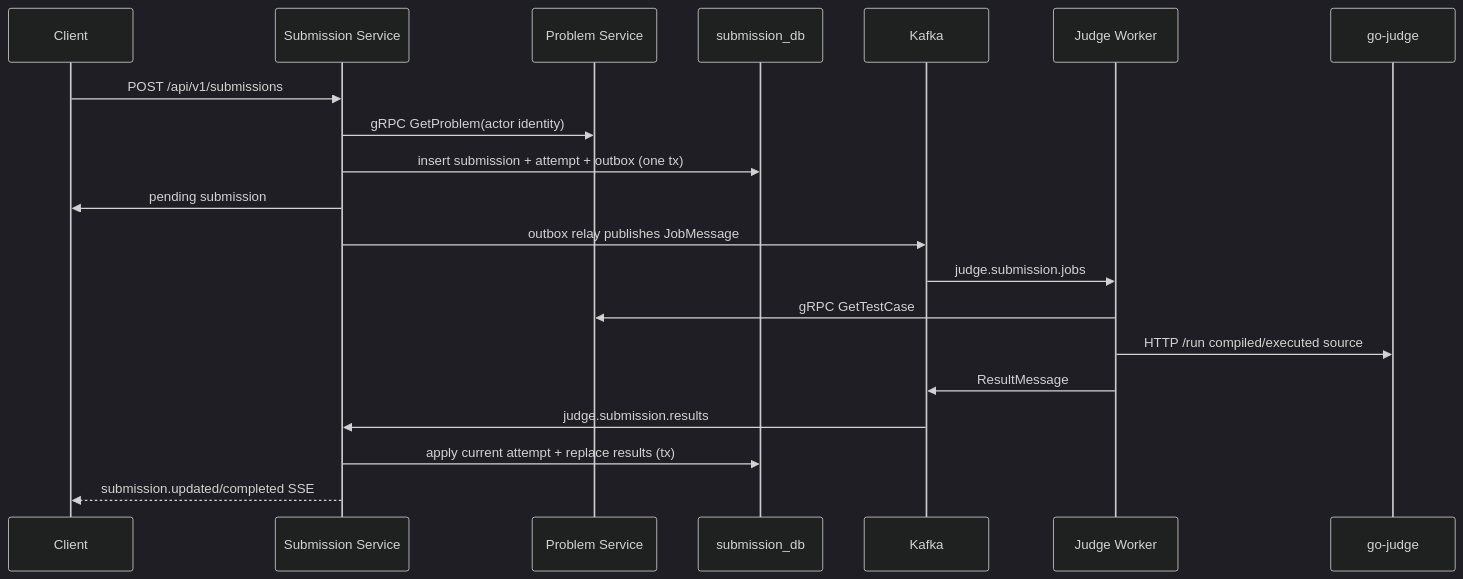
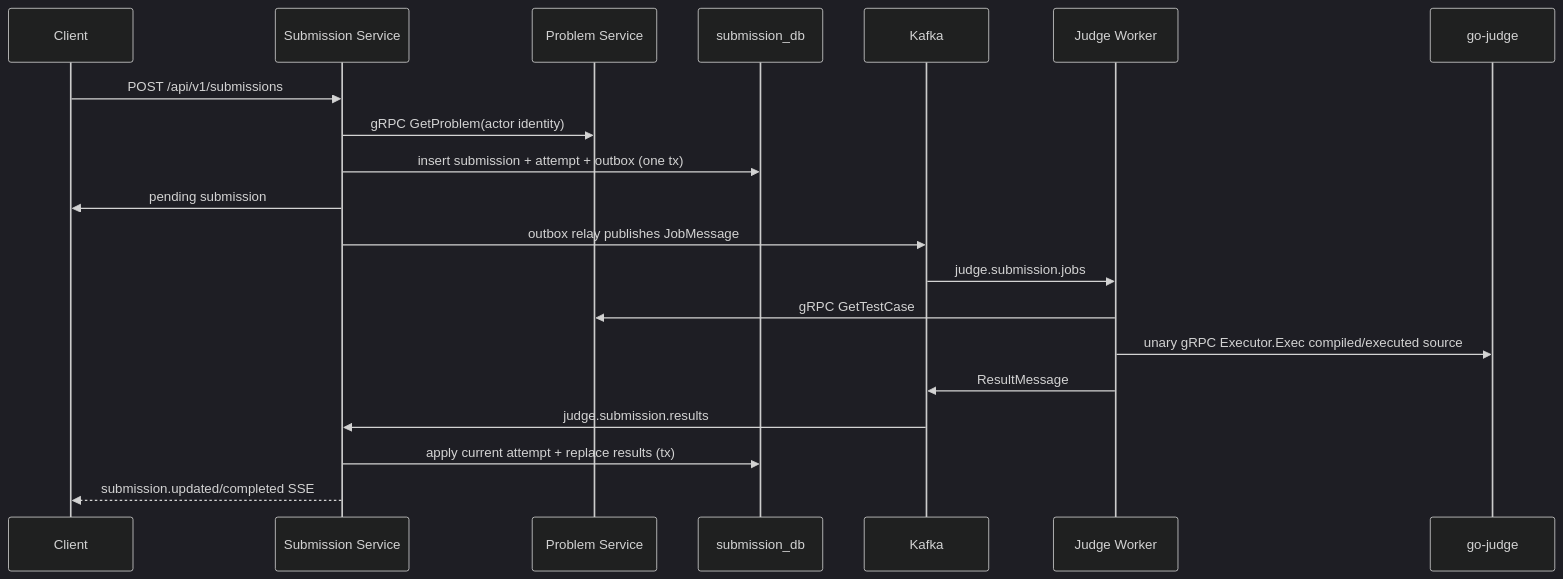
The diagram in docs/codebase/FLOWS.md (nvawntien/go-judge-system), drawn with Mermaid (dark theme) before and after one commit. The commit also changed 16 other files, not shown here.

````diff
--- a/docs/codebase/FLOWS.md
+++ b/docs/codebase/FLOWS.md
@@ -5,22 +5,22 @@
 ```mermaid
 sequenceDiagram
   participant C as Client
   participant S as Submission Service
   participant P as Problem Service
   participant DB as submission_db
   participant K as Kafka
   participant W as Judge Worker
   participant E as go-judge
   C->>S: POST /api/v1/submissions
   S->>P: gRPC GetProblem(actor identity)
   S->>DB: insert submission + attempt + outbox (one tx)
   S->>C: pending submission
   S->>K: outbox relay publishes JobMessage
   K->>W: judge.submission.jobs
   W->>P: gRPC GetTestCase
-  W->>E: HTTP /run compiled/executed source
+  W->>E: unary gRPC Executor.Exec compiled/executed source
   W->>K: ResultMessage
   K->>S: judge.submission.results
   S->>DB: apply current attempt + replace results (tx)
   S-->>C: submission.updated/completed SSE
 ```
````
